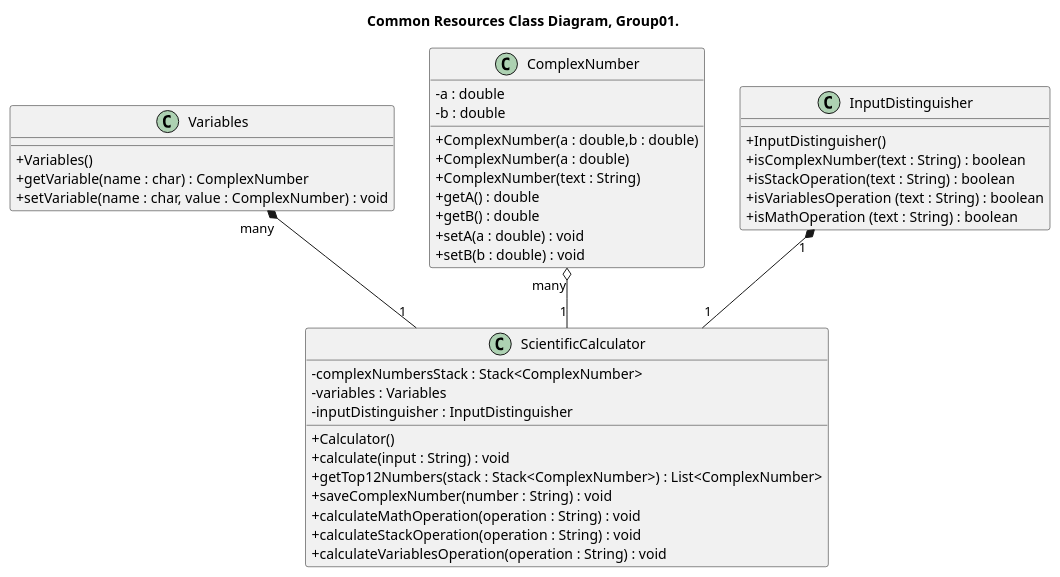
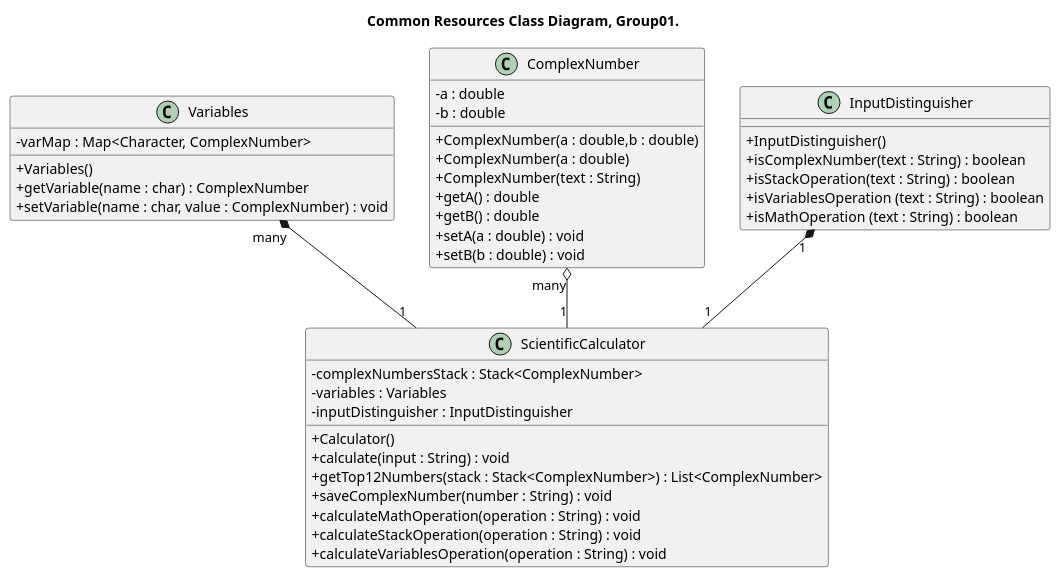
Before and after one commit to CiroCutolo/Scientific_Calculator_group01_2023: the diagram in class_diagram/CommonResources_ClassDiagram_Group01.puml, drawn with PlantUML. The commit also changed 3 other files, not shown here.

```diff
--- a/class_diagram/CommonResources_ClassDiagram_Group01.puml
+++ b/class_diagram/CommonResources_ClassDiagram_Group01.puml
@@ -1,50 +1,51 @@
 @startuml Common Resources ClassDiagram, Group01.
 
 title Common Resources Class Diagram, Group01.
 
 skinparam ClassAttributeIconSize 0
 class Variables{
+    - varMap : Map<Character, ComplexNumber>
     + Variables()
     + getVariable(name : char) : ComplexNumber
     + setVariable(name : char, value : ComplexNumber) : void
 }
 
 class ComplexNumber{
     - a : double
     - b : double
     + ComplexNumber(a : double,b : double)
     + ComplexNumber(a : double)
     + ComplexNumber(text : String)
     + getA() : double
     + getB() : double 
     + setA(a : double) : void
     + setB(b : double) : void
 }
 
 
 class InputDistinguisher{
     + InputDistinguisher()
     + isComplexNumber(text : String) : boolean
     + isStackOperation(text : String) : boolean
     + isVariablesOperation (text : String) : boolean
     + isMathOperation (text : String) : boolean
 }
 
 class ScientificCalculator{
     - complexNumbersStack : Stack<ComplexNumber>
     - variables : Variables
     - inputDistinguisher : InputDistinguisher
     + Calculator()
     + calculate(input : String) : void 
     + getTop12Numbers(stack : Stack<ComplexNumber>) : List<ComplexNumber>
     + saveComplexNumber(number : String) : void
     + calculateMathOperation(operation : String) : void
     + calculateStackOperation(operation : String) : void
     + calculateVariablesOperation(operation : String) : void
 }
 
 ComplexNumber "many" o-- "1" ScientificCalculator
 Variables "many" *-- "1" ScientificCalculator
 InputDistinguisher "1" *-- "1" ScientificCalculator
 
 @enduml
```
